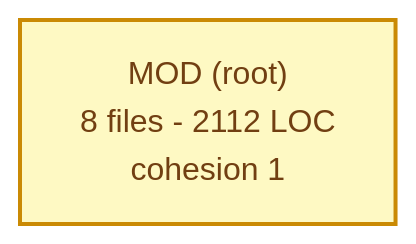
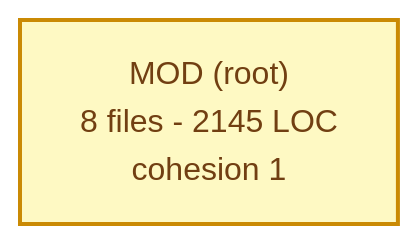
The diagram in docs/codemap/map.mmd (atejena/repo-map), drawn with Mermaid before and after one commit. The commit also changed 10 other files, not shown here.

```diff
--- a/docs/codemap/map.mmd
+++ b/docs/codemap/map.mmd
@@ -1,9 +1,9 @@
 %% Generated by codebase-cartographer. Do not edit by hand.
-%% commit a9537c6 on master at 2026-08-17T14:31:41.183Z
+%% commit b8f179b on main at 2026-09-12T03:10:04.432Z
 flowchart LR
-  n28726f6f7429["MOD (root)<br/>8 files - 2112 LOC<br/>cohesion 1"]:::changed
+  n28726f6f7429["MOD (root)<br/>8 files - 2145 LOC<br/>cohesion 1"]:::changed
 
   classDef added fill:#dcfce7,stroke:#16a34a,stroke-width:3px,color:#14532d
   classDef changed fill:#fef9c3,stroke:#ca8a04,stroke-width:2px,color:#713f12
   classDef stable fill:#f1f5f9,stroke:#94a3b8,color:#334155
   classDef removed fill:#fee2e2,stroke:#dc2626,stroke-width:2px,color:#7f1d1d,stroke-dasharray: 5 4
```
